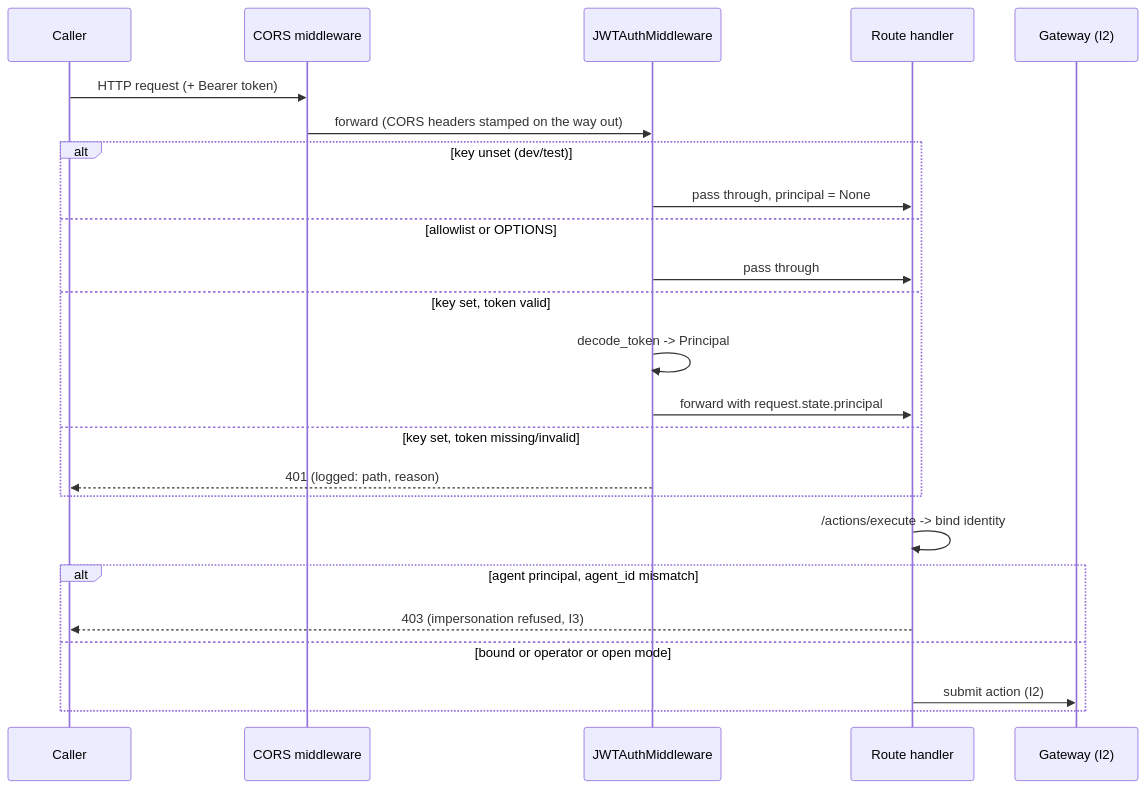
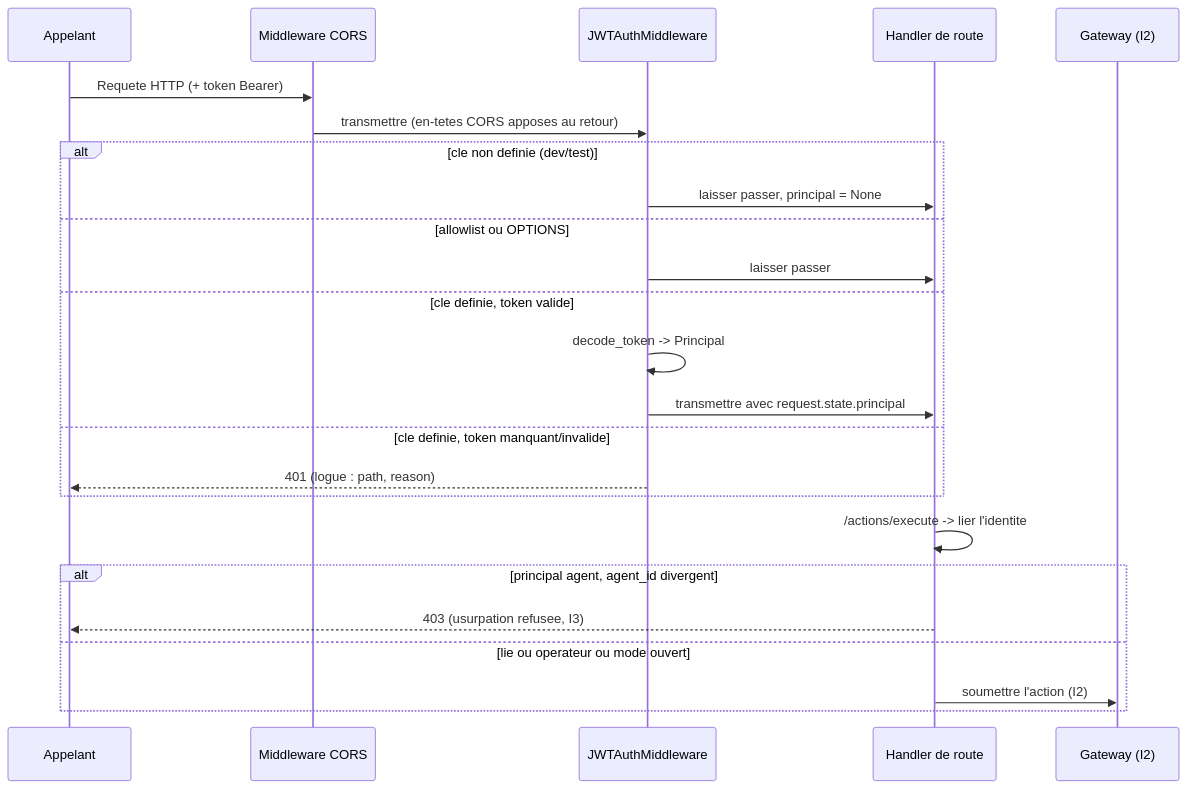
Before and after one commit to mo0ogly/recette_IA_agents: the first of 2 diagrams in docs/runbooks/api-auth.md, drawn with Mermaid. The commit also changed other lines of this file and 25 other files, not shown here.

````diff
--- a/docs/runbooks/api-auth.md
+++ b/docs/runbooks/api-auth.md
@@ -42,26 +45,26 @@
 ```mermaid
 sequenceDiagram
-  participant C as Caller
-  participant CORS as CORS middleware
+  participant C as Appelant
+  participant CORS as Middleware CORS
   participant Auth as JWTAuthMiddleware
-  participant H as Route handler
+  participant H as Handler de route
   participant GW as Gateway (I2)
-  C->>CORS: HTTP request (+ Bearer token)
-  CORS->>Auth: forward (CORS headers stamped on the way out)
-  alt key unset (dev/test)
-    Auth->>H: pass through, principal = None
-  else allowlist or OPTIONS
-    Auth->>H: pass through
-  else key set, token valid
+  C->>CORS: Requete HTTP (+ token Bearer)
+  CORS->>Auth: transmettre (en-tetes CORS apposes au retour)
+  alt cle non definie (dev/test)
+    Auth->>H: laisser passer, principal = None
+  else allowlist ou OPTIONS
+    Auth->>H: laisser passer
+  else cle definie, token valide
     Auth->>Auth: decode_token -> Principal
-    Auth->>H: forward with request.state.principal
-  else key set, token missing/invalid
-    Auth-->>C: 401 (logged: path, reason)
+    Auth->>H: transmettre avec request.state.principal
+  else cle definie, token manquant/invalide
+    Auth-->>C: 401 (logue : path, reason)
   end
-  H->>H: /actions/execute -> bind identity
-  alt agent principal, agent_id mismatch
-    H-->>C: 403 (impersonation refused, I3)
-  else bound or operator or open mode
-    H->>GW: submit action (I2)
+  H->>H: /actions/execute -> lier l'identite
+  alt principal agent, agent_id divergent
+    H-->>C: 403 (usurpation refusee, I3)
+  else lie ou operateur ou mode ouvert
+    H->>GW: soumettre l'action (I2)
   end
 ```
````
